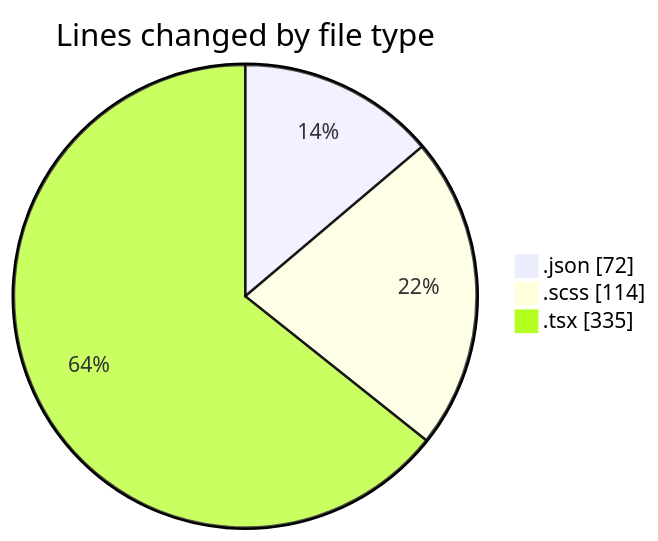
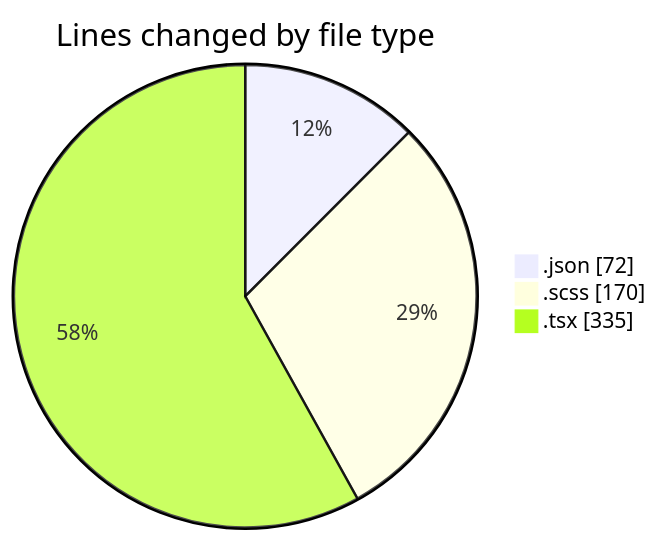
The first of 2 diagrams in 2026-10-12/cda/README.md (momahboobian/code-tracking), drawn with Mermaid before and after one commit. The commit also changed other lines of this file and 1 other file, not shown here.

````diff
--- a/2026-10-12/cda/README.md
+++ b/2026-10-12/cda/README.md
@@ -24,7 +25,7 @@
 ```mermaid
 pie showData
 title Lines changed by file type
 ".json" : 72
-".scss" : 114
+".scss" : 170
 ".tsx" : 335
 ```
````
